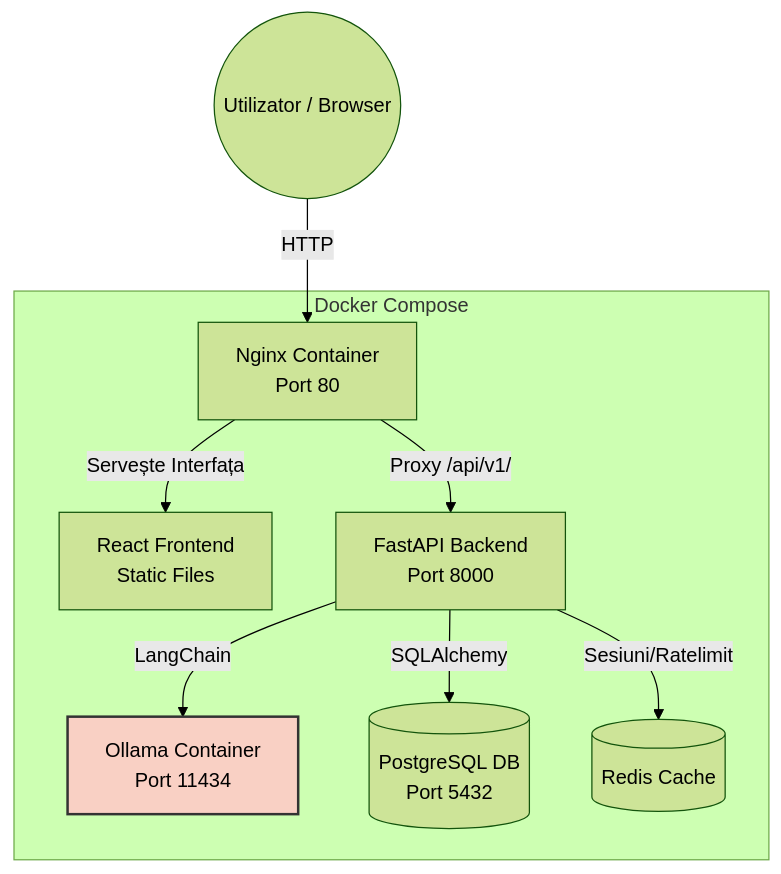
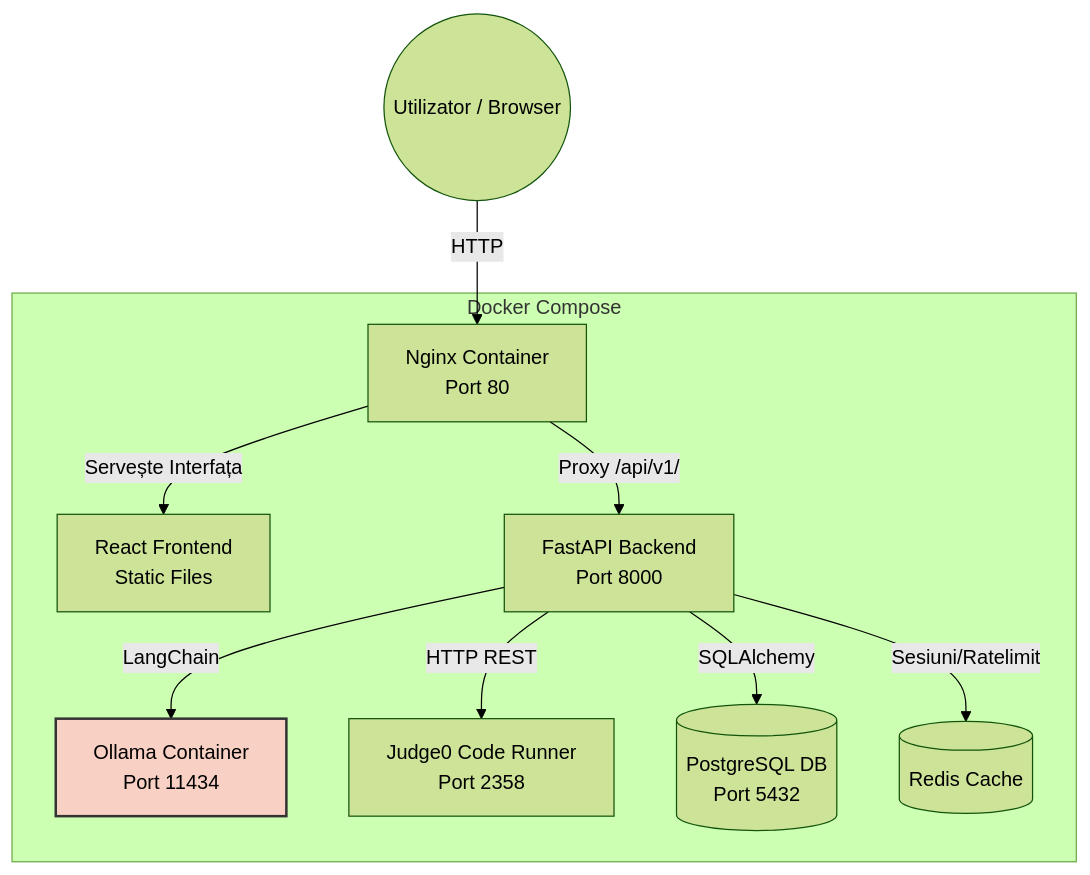
One commit to SweetCitrusFlower/Larry changed the second of 3 diagrams in README.md. Above: the diagram before and after it, drawn with Mermaid (forest theme). The commit also changed other lines of this file, not shown here.

Commit message:
docs: update README to reflect v1.1.0 architecture and new features

````diff
--- a/README.md
+++ b/README.md
@@ -41,24 +43,26 @@
 ```mermaid
 graph TD
     User((Utilizator / Browser))
     
     subgraph Docker Compose
         Nginx[Nginx Container\nPort 80]
         React[React Frontend\nStatic Files]
         FastAPI[FastAPI Backend\nPort 8000]
         Ollama[Ollama Container\nPort 11434]
+        Judge0[Judge0 Code Runner\nPort 2358]
         Postgres[(PostgreSQL DB\nPort 5432)]
         Redis[(Redis Cache)]
     end
 
     User -->|HTTP| Nginx
     Nginx -->|Servește Interfața| React
     Nginx -->|Proxy /api/v1/| FastAPI
     
     FastAPI -->|LangChain| Ollama
+    FastAPI -->|HTTP REST| Judge0
     FastAPI -->|SQLAlchemy| Postgres
     FastAPI -->|Sesiuni/Ratelimit| Redis
     
     classDef ai fill:#f9d0c4,stroke:#333,stroke-width:2px;
     class Ollama ai;
 ```
````
